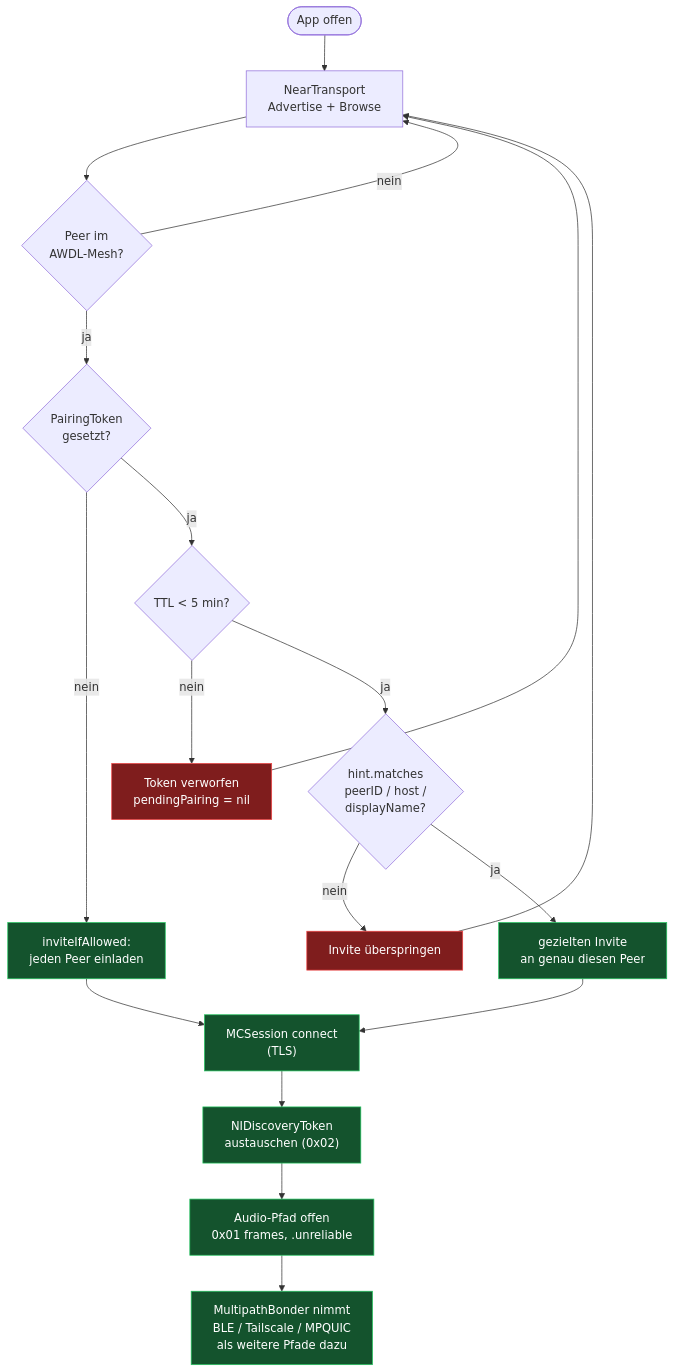
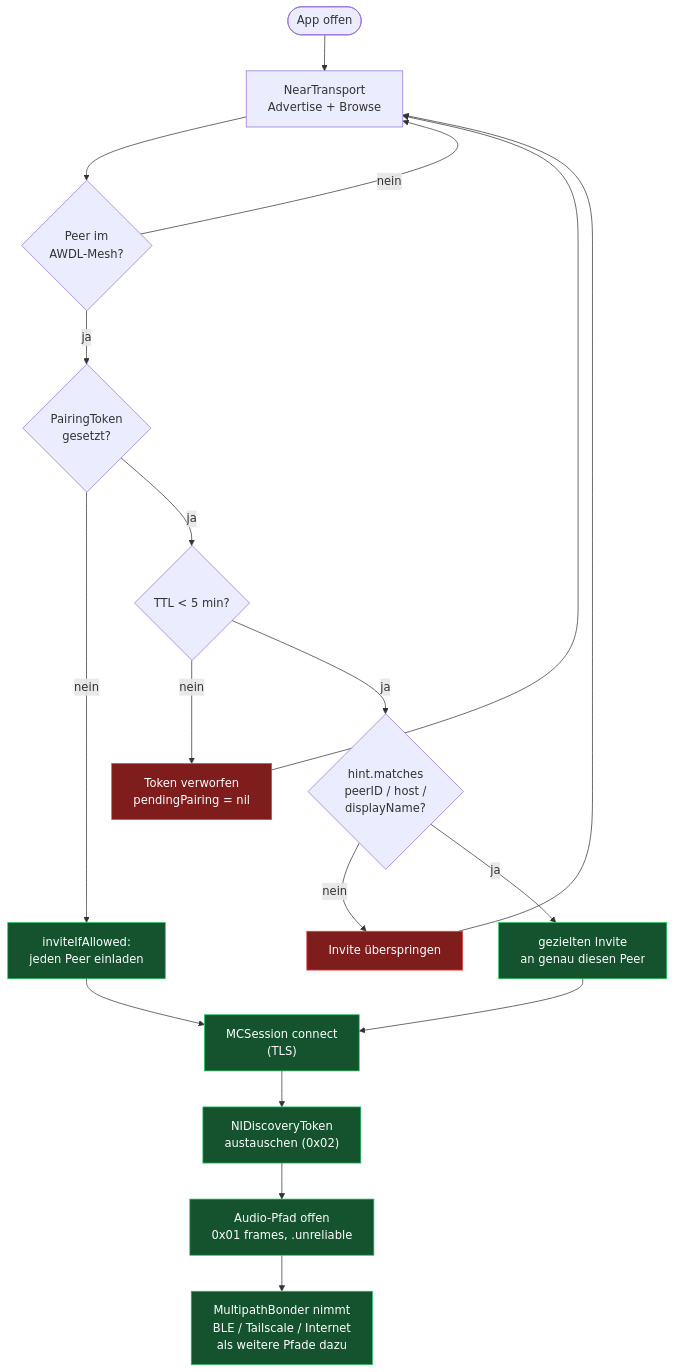
One commit to Martin-Hausleitner/Sonar changed the fourth of 7 diagrams in README.md. Above: the diagram before and after it, drawn with Mermaid. The commit also changed other lines of this file and 124 other files, not shown here.

````diff
--- a/README.md
+++ b/README.md
@@ -272,28 +271,28 @@
 ```mermaid
 flowchart TD
     Start([App offen]) --> Adv["NearTransport<br/>Advertise + Browse"]
     Adv --> Found{"Peer im<br/>AWDL-Mesh?"}
     Found -->|nein| Adv
     Found -->|ja| QR{"PairingToken<br/>gesetzt?"}
 
     QR -->|nein| Auto["inviteIfAllowed:<br/>jeden Peer einladen"]
     QR -->|ja| TTL{"TTL &lt; 5 min?"}
     TTL -->|nein| Reject["Token verworfen<br/>pendingPairing = nil"]
     TTL -->|ja| Match{"hint.matches<br/>peerID / host /<br/>displayName?"}
 
     Match -->|nein| Skip["Invite überspringen"]
     Match -->|ja| Targeted["gezielten Invite<br/>an genau diesen Peer"]
 
     Skip --> Adv
     Reject --> Adv
     Auto --> MCS
     Targeted --> MCS["MCSession connect<br/>(TLS)"]
     MCS --> NI["NIDiscoveryToken<br/>austauschen (0x02)"]
     NI --> Audio["Audio-Pfad offen<br/>0x01 frames, .unreliable"]
-    Audio --> More["MultipathBonder nimmt<br/>BLE / Tailscale / MPQUIC<br/>als weitere Pfade dazu"]
+    Audio --> More["MultipathBonder nimmt<br/>BLE / Tailscale / Internet<br/>als weitere Pfade dazu"]
 
     classDef ok fill:#14532d,stroke:#22c55e,color:#fff
     classDef bad fill:#7f1d1d,stroke:#ef4444,color:#fff
     class MCS,NI,Audio,More,Targeted,Auto ok
     class Reject,Skip bad
 ```
````
